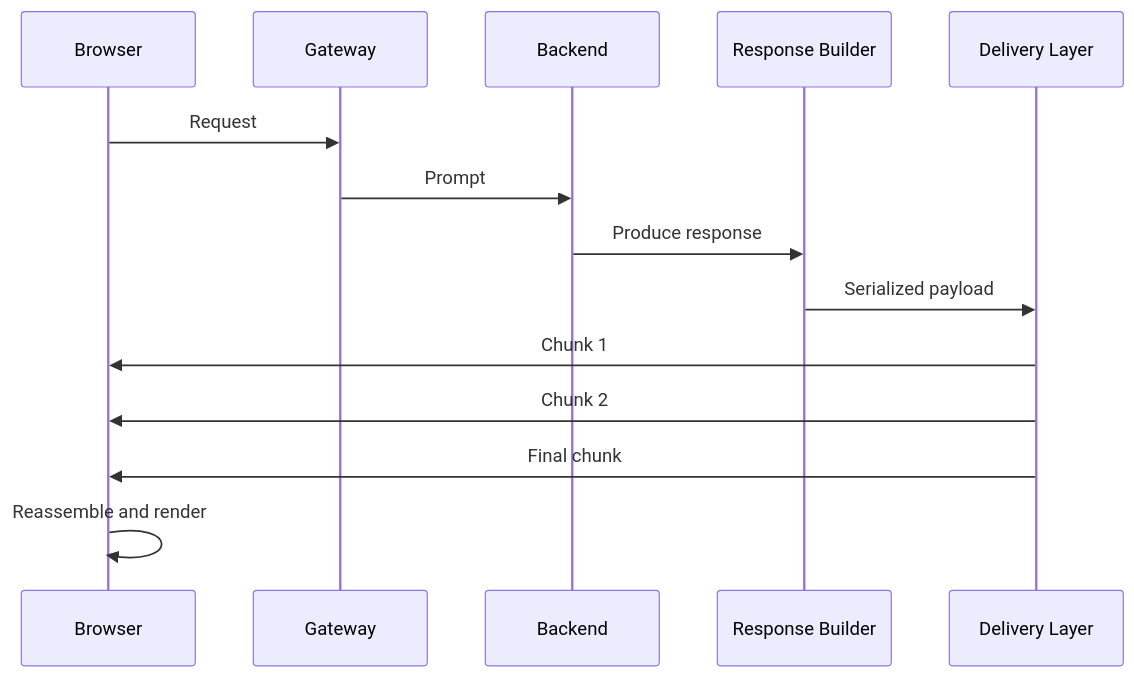
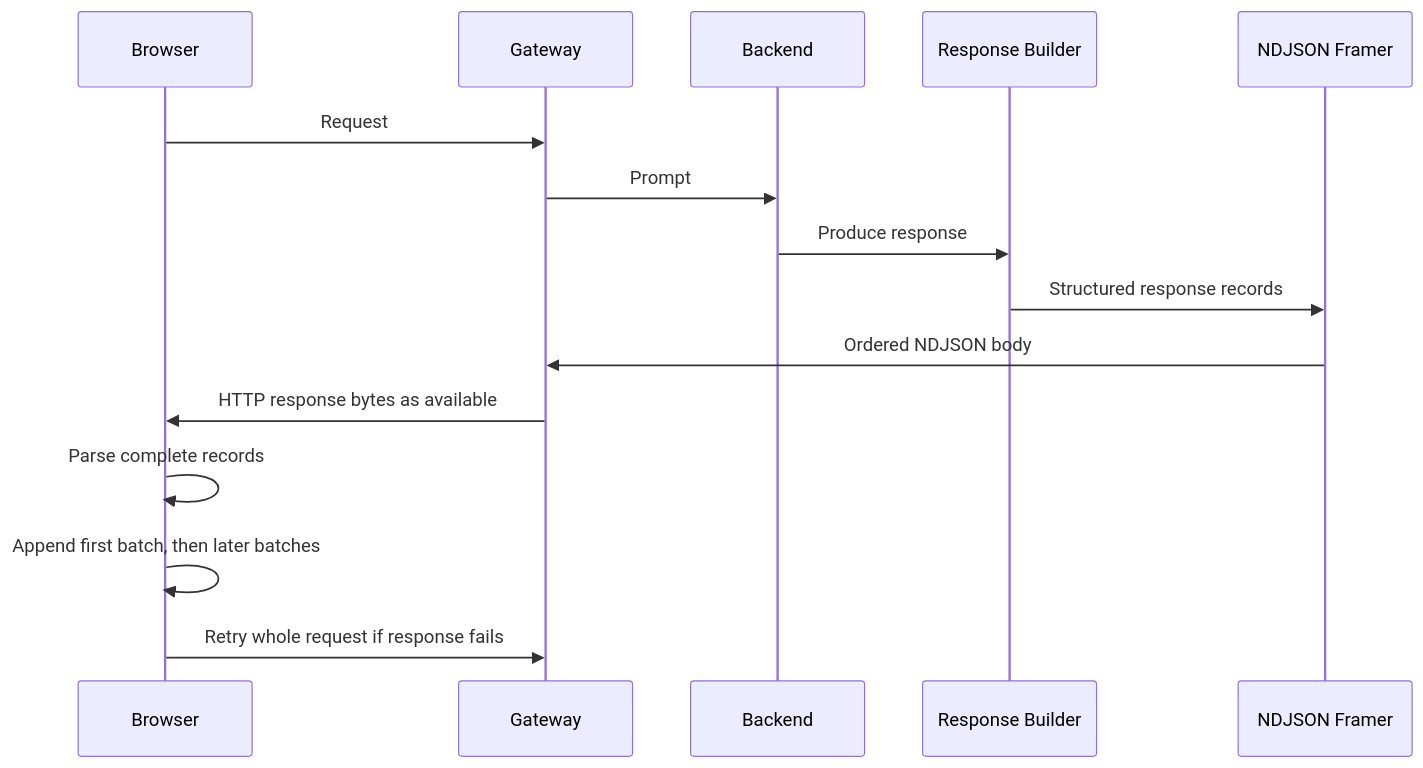
One commit to Hrithikesh-Computer/production-agentic-ai changed the fourth of 5 diagrams in 03-production-lessons/01-adaptive-response-delivery.md. Above: the diagram before and after it, drawn with Mermaid. The commit also changed other lines of this file and 18 other files, not shown here.

Commit message:
bench: publish response delivery evidence

````diff
--- a/03-production-lessons/01-adaptive-response-delivery.md
+++ b/03-production-lessons/01-adaptive-response-delivery.md
@@ -277,17 +250,18 @@
 ```mermaid
 sequenceDiagram
     participant B as Browser
     participant G as Gateway
     participant Bk as Backend
     participant R as Response Builder
-    participant D as Delivery Layer
+    participant D as NDJSON Framer
 
     B->>G: Request
     G->>Bk: Prompt
     Bk->>R: Produce response
-    R->>D: Serialized payload
-    D->>B: Chunk 1
-    D->>B: Chunk 2
-    D->>B: Final chunk
-    B->>B: Reassemble and render
+    R->>D: Structured response records
+    D->>G: Ordered NDJSON body
+    G->>B: HTTP response bytes as available
+    B->>B: Parse complete records
+    B->>B: Append first batch, then later batches
+    B->>G: Retry whole request if response fails
 ```
````
